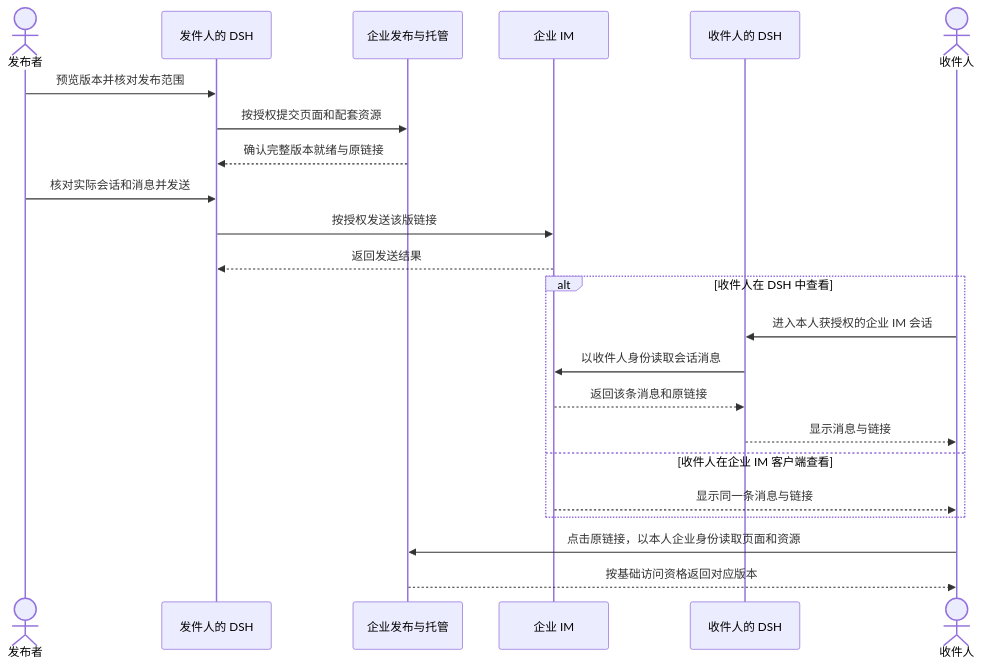
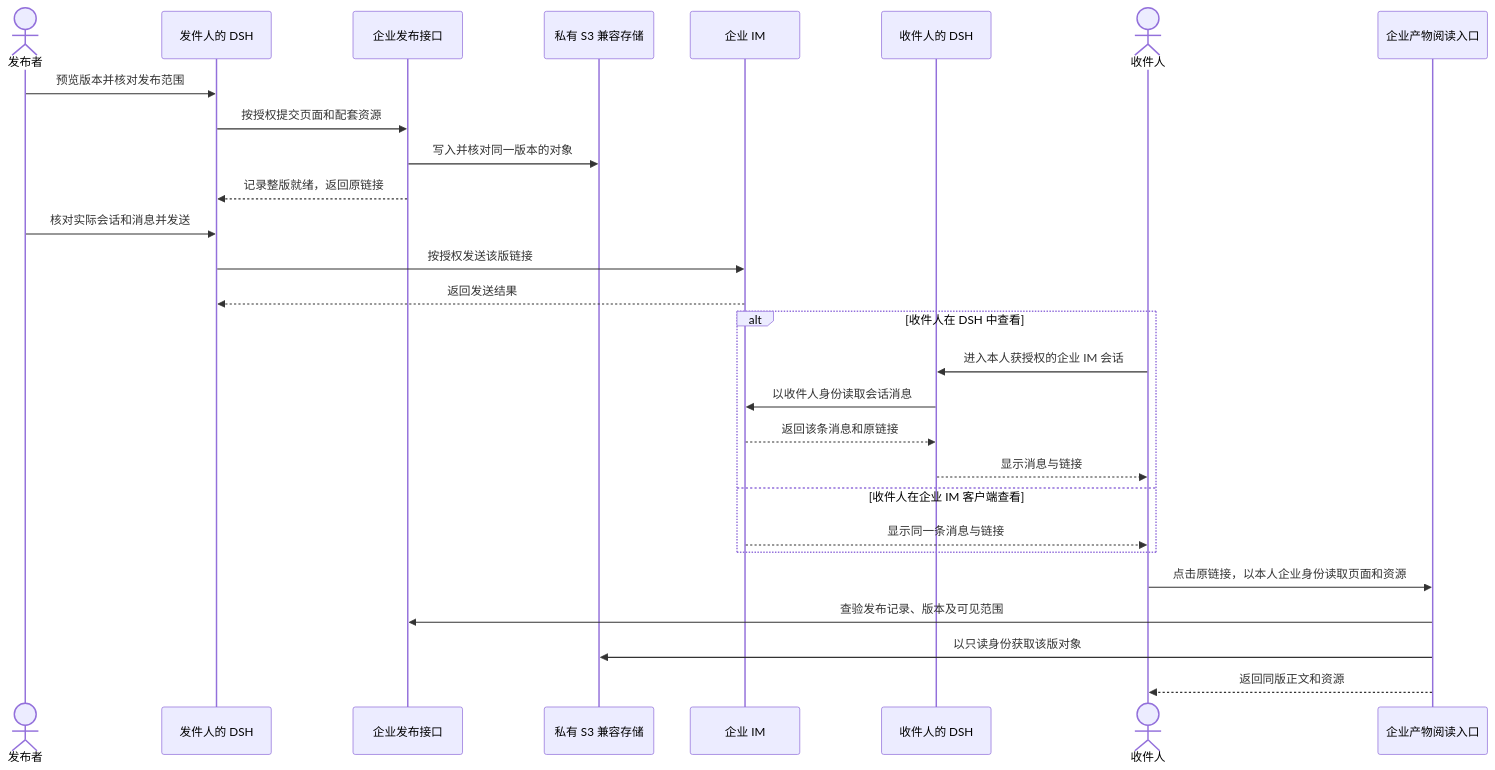
Before and after one commit to hrygo/heluo-forge: the diagram in docs/design/enterprise-artifact-publishing.md, drawn with Mermaid. The commit also changed other lines of this file and 2 other files, not shown here.

````diff
--- a/docs/design/enterprise-artifact-publishing.md
+++ b/docs/design/enterprise-artifact-publishing.md
@@ -78,25 +80,30 @@
 ```mermaid
 sequenceDiagram
     actor U as 发布者
     participant D as 发件人的 DSH
-    participant W as 企业发布与托管
+    participant P as 企业发布接口
+    participant S as 私有 S3 兼容存储
     participant M as 企业 IM
     participant C as 收件人的 DSH
     actor R as 收件人
+    participant W as 企业产物阅读入口
     U->>D: 预览版本并核对发布范围
-    D->>W: 按授权提交页面和配套资源
-    W-->>D: 确认完整版本就绪与原链接
+    D->>P: 按授权提交页面和配套资源
+    P->>S: 写入并核对同一版本的对象
+    P-->>D: 记录整版就绪，返回原链接
     U->>D: 核对实际会话和消息并发送
     D->>M: 按授权发送该版链接
     M-->>D: 返回发送结果
     alt 收件人在 DSH 中查看
         R->>C: 进入本人获授权的企业 IM 会话
         C->>M: 以收件人身份读取会话消息
         M-->>C: 返回该条消息和原链接
         C-->>R: 显示消息与链接
     else 收件人在企业 IM 客户端查看
         M-->>R: 显示同一条消息与链接
     end
     R->>W: 点击原链接，以本人企业身份读取页面和资源
-    W-->>R: 按基础访问资格返回对应版本
+    W->>P: 查验发布记录、版本及可见范围
+    W->>S: 以只读身份获取该版对象
+    W-->>R: 返回同版正文和资源
 ```
````
